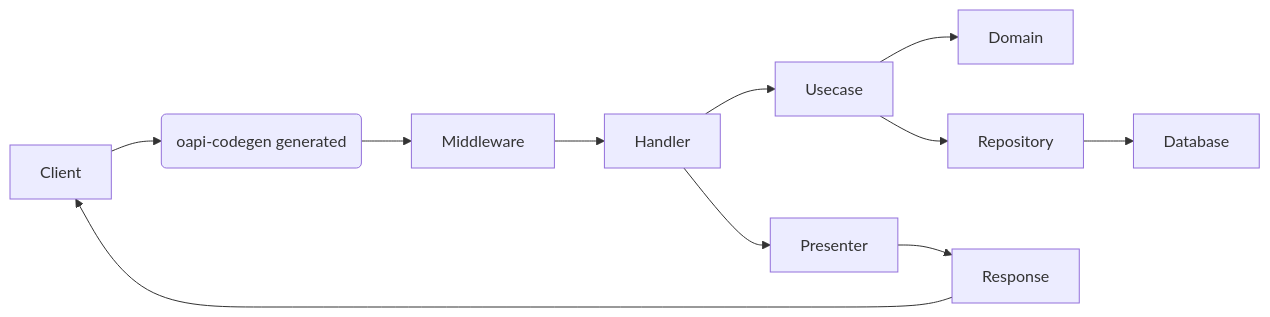
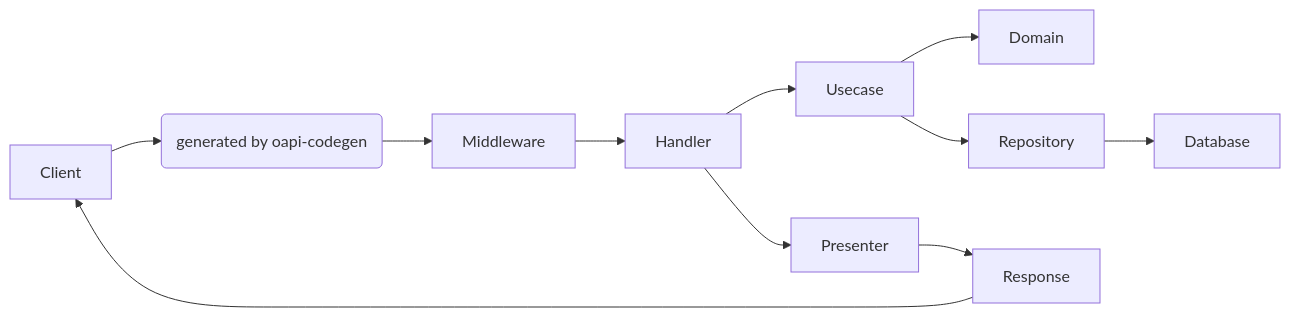
Before and after one commit to Tomy-ch/go-boilerplate: the first of 10 diagrams in internal/controller/handler/README.md, drawn with Mermaid. The commit also changed other lines of this file and 91 other files, not shown here.

````diff
--- a/internal/controller/handler/README.md
+++ b/internal/controller/handler/README.md
@@ -46,15 +40,15 @@
 ```mermaid
 flowchart LR
 
-Client --> Router(oapi-codegen generated)
-Router(oapi-codegen generated) --> Middleware
+Client --> Router(generated by oapi-codegen)
+Router(generated by oapi-codegen) --> Middleware
 Middleware --> Handler
 Handler --> Usecase
 Usecase --> Domain
 Usecase --> Repository
 Repository --> Database
 
 Handler --> Presenter
 Presenter --> Response
 Response --> Client
 ```
````
